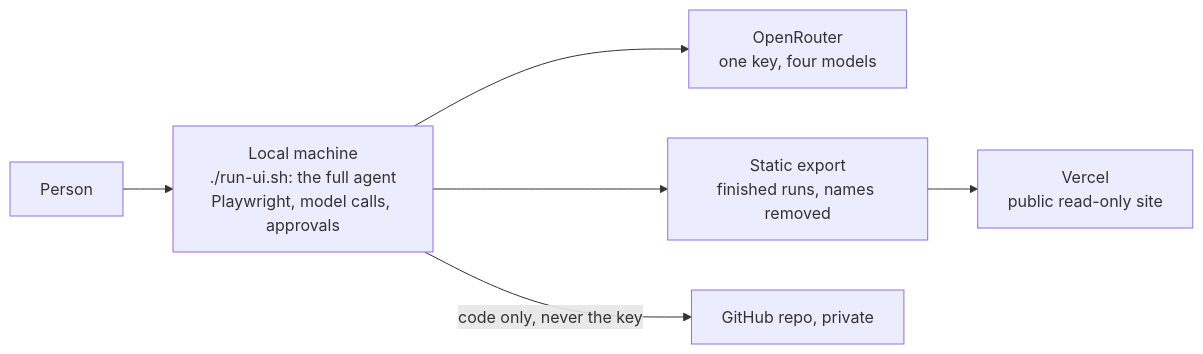
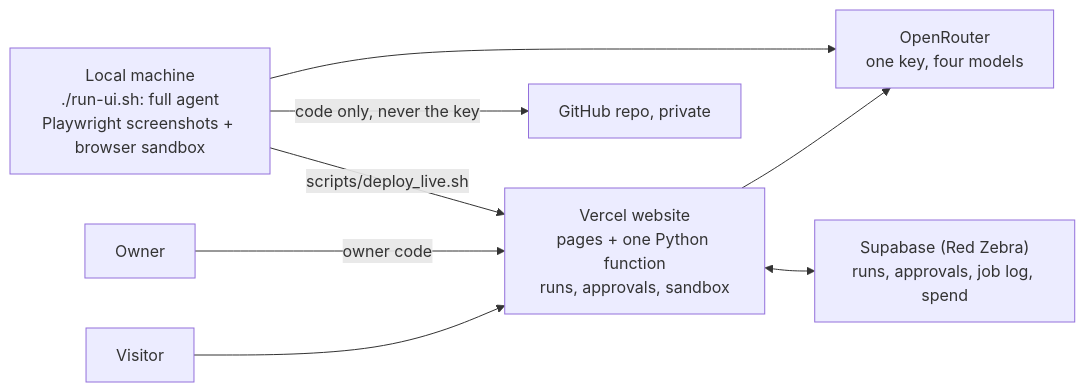
One commit to jtrnjn271994-cloud/sarvam-website-agent changed the third of 3 diagrams in docs/architecture.md. Above: the diagram before and after it, drawn with Mermaid. The commit also changed other lines of this file and 6 other files, not shown here.

Commit message:
Website: keep running when the connection drops, India-time run names, website sandbox wording, architecture and README match the live site

````diff
--- a/docs/architecture.md
+++ b/docs/architecture.md
@@ -86,8 +86,10 @@
 ```mermaid
 flowchart LR
-    U["Person"] --> L["Local machine<br/>./run-ui.sh: the full agent<br/>Playwright, model calls, approvals"]
-    L --> OR["OpenRouter<br/>one key, four models"]
-    L --> X["Static export<br/>finished runs, names removed"]
-    X --> V["Vercel<br/>public read-only site"]
+    U["Visitor"] --> V["Vercel website<br/>pages + one Python function<br/>runs, approvals, sandbox"]
+    V --> OR["OpenRouter<br/>one key, four models"]
+    V <--> SB["Supabase (Red Zebra)<br/>runs, approvals, job log, spend"]
+    O["Owner"] -->|owner code| V
+    L["Local machine<br/>./run-ui.sh: full agent<br/>Playwright screenshots + browser sandbox"] --> OR
+    L -->|scripts/deploy_live.sh| V
     L -->|code only, never the key| GH["GitHub repo, private"]
 ```
````
